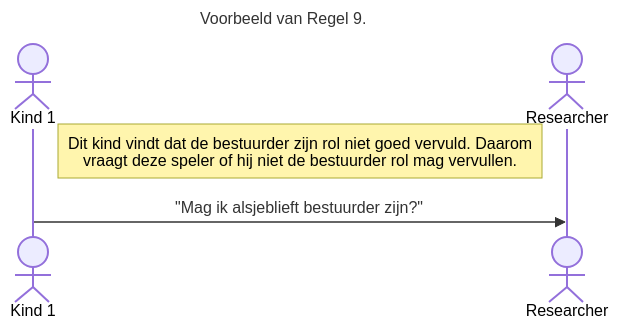
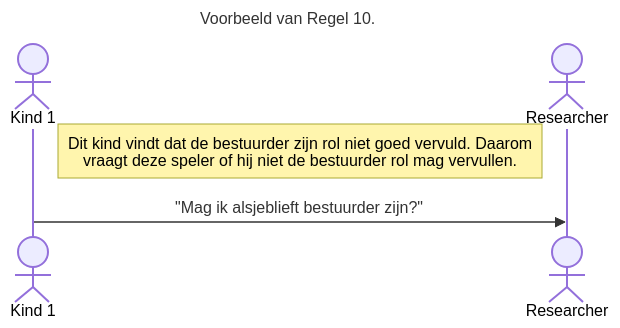
Before and after one commit to Dionysi/AnnotationTool-Release: diagram 11 of 15 in Annotation-rules-refactor.md, drawn with Mermaid. The commit also changed other lines of this file, not shown here.

````diff
--- a/Annotation-rules-refactor.md
+++ b/Annotation-rules-refactor.md
@@ -230,8 +232,8 @@
   ```mermaid
   sequenceDiagram
-      title Voorbeeld van Regel 9.
+      title Voorbeeld van Regel 10.
       actor Kind 1
       actor Researcher
       Note right of Kind 1: Dit kind vindt dat de bestuurder zijn rol niet goed vervuld. Daarom<br/>vraagt deze speler of hij niet de bestuurder rol mag vervullen.
       Kind 1->>Researcher: "Mag ik alsjeblieft bestuurder zijn?"
   ```
````
